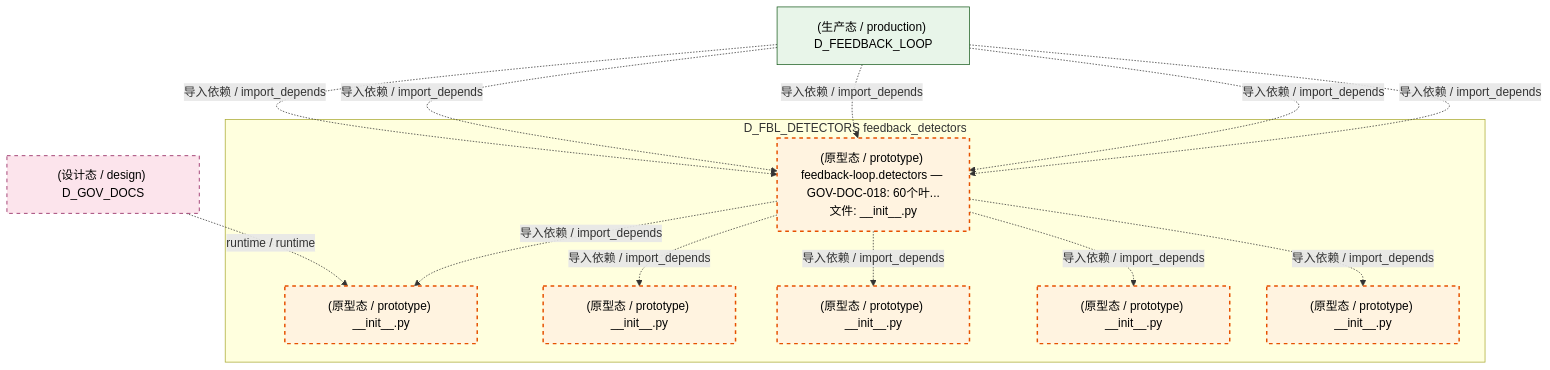
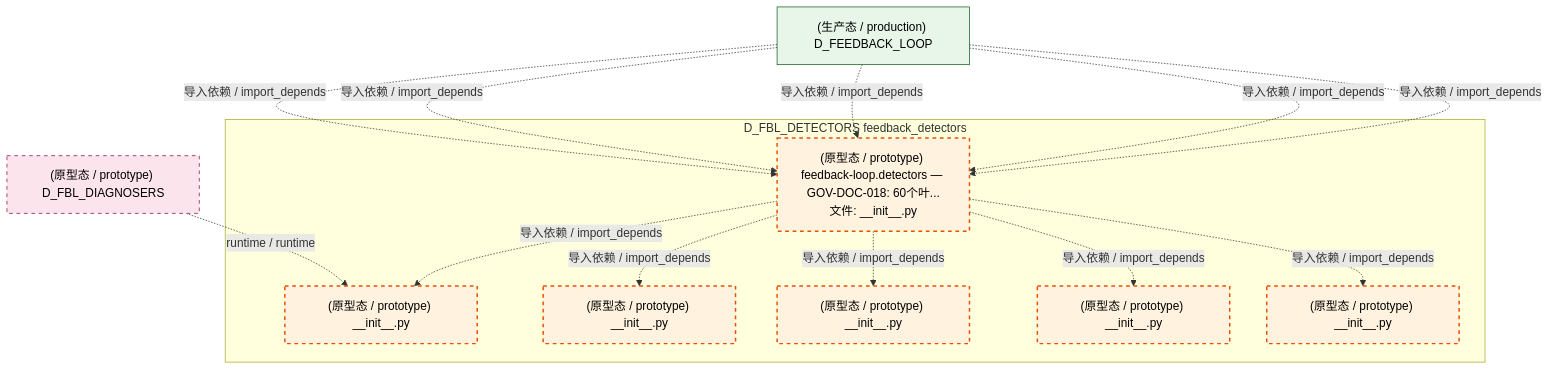
The fifth of 6 diagrams in docs/02_enterprise_architecture/02_domain_architecture_docs/11_d_fbl_detectors.md (xuanFelixVan/ZephyrAlpha), drawn with Mermaid before and after one commit. The commit also changed other lines of this file and 99 other files, not shown here.

````diff
--- a/docs/02_enterprise_architecture/02_domain_architecture_docs/11_d_fbl_detectors.md
+++ b/docs/02_enterprise_architecture/02_domain_architecture_docs/11_d_fbl_detectors.md
@@ -339,31 +339,31 @@
 ```mermaid
 graph TD
     subgraph D_FBL_DETECTORS["D_FBL_DETECTORS feedback_detectors"]
         src_zephyr_feedback_loop_detectors_init_py["(原型态 / prototype) feedback-loop.detectors — GOV-DOC-018: 60个叶...<br/>文件: __init__.py"]
         src_zephyr_feedback_loop_detectors_anomaly_init_py["(原型态 / prototype) __init__.py"]
         src_zephyr_feedback_loop_detectors_correlation_init_py["(原型态 / prototype) __init__.py"]
         src_zephyr_feedback_loop_detectors_drift_init_py["(原型态 / prototype) __init__.py"]
         src_zephyr_feedback_loop_detectors_guard_init_py["(原型态 / prototype) __init__.py"]
         src_zephyr_feedback_loop_detectors_reliability_init_py["(原型态 / prototype) __init__.py"]
     end
     src_zephyr_feedback_loop_detectors_init_py -.->|导入依赖 / import_depends| src_zephyr_feedback_loop_detectors_anomaly_init_py
     src_zephyr_feedback_loop_detectors_init_py -.->|导入依赖 / import_depends| src_zephyr_feedback_loop_detectors_correlation_init_py
     src_zephyr_feedback_loop_detectors_init_py -.->|导入依赖 / import_depends| src_zephyr_feedback_loop_detectors_drift_init_py
     src_zephyr_feedback_loop_detectors_init_py -.->|导入依赖 / import_depends| src_zephyr_feedback_loop_detectors_guard_init_py
     src_zephyr_feedback_loop_detectors_init_py -.->|导入依赖 / import_depends| src_zephyr_feedback_loop_detectors_reliability_init_py
-    D_GOV_DOCS["(设计态 / design) D_GOV_DOCS"]
-    D_GOV_DOCS -.->|runtime / runtime| src_zephyr_feedback_loop_detectors_anomaly_init_py
+    D_FBL_DIAGNOSERS["(原型态 / prototype) D_FBL_DIAGNOSERS"]
+    D_FBL_DIAGNOSERS -.->|runtime / runtime| src_zephyr_feedback_loop_detectors_anomaly_init_py
     D_FEEDBACK_LOOP["(生产态 / production) D_FEEDBACK_LOOP"]
     D_FEEDBACK_LOOP -.->|导入依赖 / import_depends| src_zephyr_feedback_loop_detectors_init_py
     D_FEEDBACK_LOOP -.->|导入依赖 / import_depends| src_zephyr_feedback_loop_detectors_init_py
     D_FEEDBACK_LOOP -.->|导入依赖 / import_depends| src_zephyr_feedback_loop_detectors_init_py
     D_FEEDBACK_LOOP -.->|导入依赖 / import_depends| src_zephyr_feedback_loop_detectors_init_py
     D_FEEDBACK_LOOP -.->|导入依赖 / import_depends| src_zephyr_feedback_loop_detectors_init_py
     classDef production fill:#e1f5fe,stroke:#01579b,stroke-width:2px,color:#000
     classDef design fill:#fff3e0,stroke:#e65100,stroke-width:2px,color:#000,stroke-dasharray: 5 5
     classDef external_prod fill:#e8f5e9,stroke:#1b5e20,stroke-width:1px,color:#000
     classDef external_design fill:#fce4ec,stroke:#880e4f,stroke-width:1px,color:#000,stroke-dasharray: 5 5
     class src_zephyr_feedback_loop_detectors_init_py,src_zephyr_feedback_loop_detectors_anomaly_init_py,src_zephyr_feedback_loop_detectors_correlation_init_py,src_zephyr_feedback_loop_detectors_drift_init_py,src_zephyr_feedback_loop_detectors_guard_init_py,src_zephyr_feedback_loop_detectors_reliability_init_py design
     class D_FEEDBACK_LOOP external_prod
-    class D_GOV_DOCS external_design
+    class D_FBL_DIAGNOSERS external_design
 ```
````
